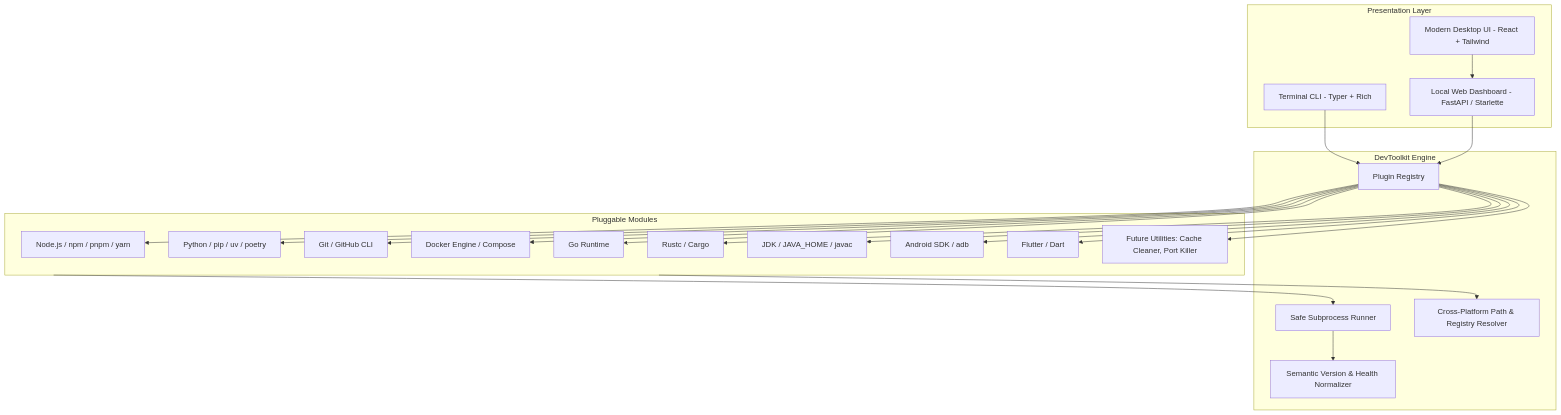
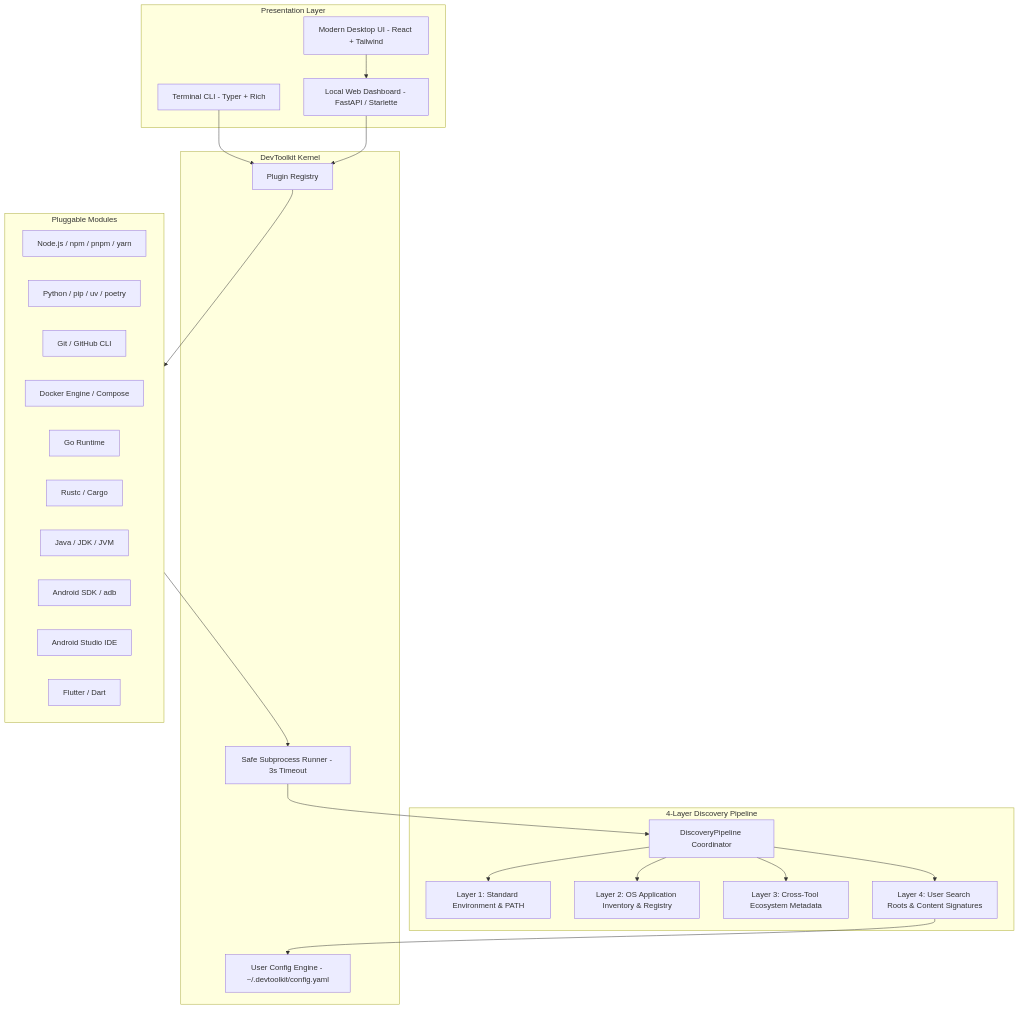
The diagram in agent/map.md (Bhardvaj/DevToolkit), drawn with Mermaid before and after one commit. The commit also changed other lines of this file and 18 other files, not shown here.

Commit message:
feat: implement generalized 4-layer discovery pipeline, content signatures, and config

````diff
--- a/agent/map.md
+++ b/agent/map.md
@@ -11,47 +11,48 @@
 ```mermaid
 graph TD
     subgraph UI_Layer [Presentation Layer]
         CLI[Terminal CLI - Typer + Rich]
         DesktopUI[Modern Desktop UI - React + Tailwind]
         LocalWeb[Local Web Dashboard - FastAPI / Starlette]
     end
 
-    subgraph Core_Engine [DevToolkit Engine]
+    subgraph Discovery_Engine [4-Layer Discovery Pipeline]
+        L1[Layer 1: Standard Environment & PATH]
+        L2[Layer 2: OS Application Inventory & Registry]
+        L3[Layer 3: Cross-Tool Ecosystem Metadata]
+        L4[Layer 4: User Search Roots & Content Signatures]
+        DiscoveryPipeline[DiscoveryPipeline Coordinator]
+    end
+
+    subgraph Core_Engine [DevToolkit Kernel]
         Registry[Plugin Registry]
-        SafeRunner[Safe Subprocess Runner]
-        PathResolver[Cross-Platform Path & Registry Resolver]
-        Normalizer[Semantic Version & Health Normalizer]
+        SafeRunner[Safe Subprocess Runner - 3s Timeout]
+        ConfigEngine[User Config Engine - ~/.devtoolkit/config.yaml]
     end
 
     subgraph Plugins [Pluggable Modules]
         P_Node[Node.js / npm / pnpm / yarn]
         P_Py[Python / pip / uv / poetry]
         P_Git[Git / GitHub CLI]
         P_Docker[Docker Engine / Compose]
         P_Go[Go Runtime]
         P_Rust[Rustc / Cargo]
-        P_Java[JDK / JAVA_HOME / javac]
+        P_Java[Java / JDK / JVM]
         P_Android[Android SDK / adb]
+        P_Studio[Android Studio IDE]
         P_Flutter[Flutter / Dart]
-        P_Future[Future Utilities: Cache Cleaner, Port Killer]
     end
 
     CLI --> Registry
     DesktopUI --> LocalWeb
     LocalWeb --> Registry
 
-    Registry --> P_Node
-    Registry --> P_Py
-    Registry --> P_Git
-    Registry --> P_Docker
-    Registry --> P_Go
-    Registry --> P_Rust
-    Registry --> P_Java
-    Registry --> P_Android
-    Registry --> P_Flutter
-    Registry --> P_Future
-
+    Registry --> Plugins
     Plugins --> SafeRunner
-    Plugins --> PathResolver
-    SafeRunner --> Normalizer
+    SafeRunner --> DiscoveryPipeline
+    DiscoveryPipeline --> L1
+    DiscoveryPipeline --> L2
+    DiscoveryPipeline --> L3
+    DiscoveryPipeline --> L4
+    L4 --> ConfigEngine
 ```
````
